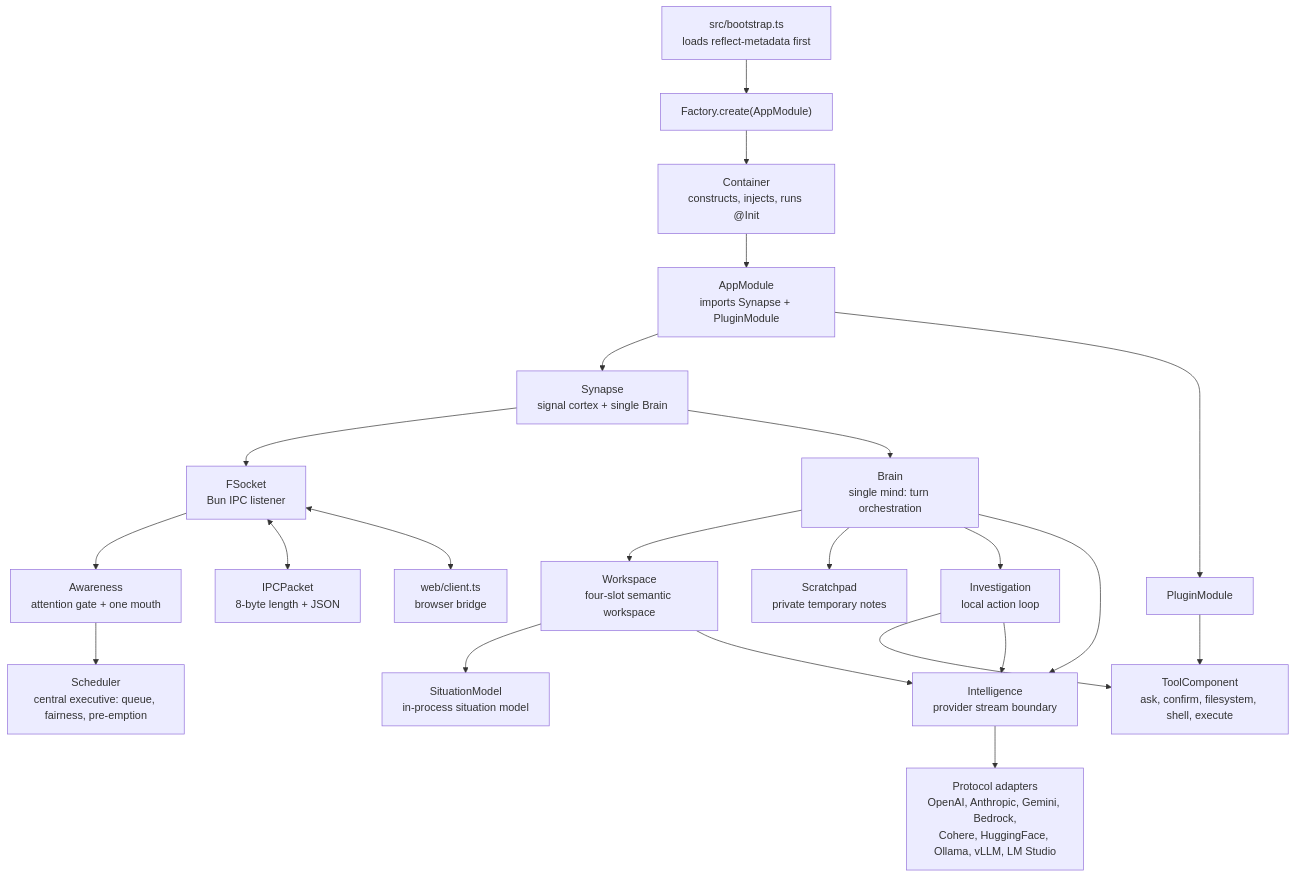
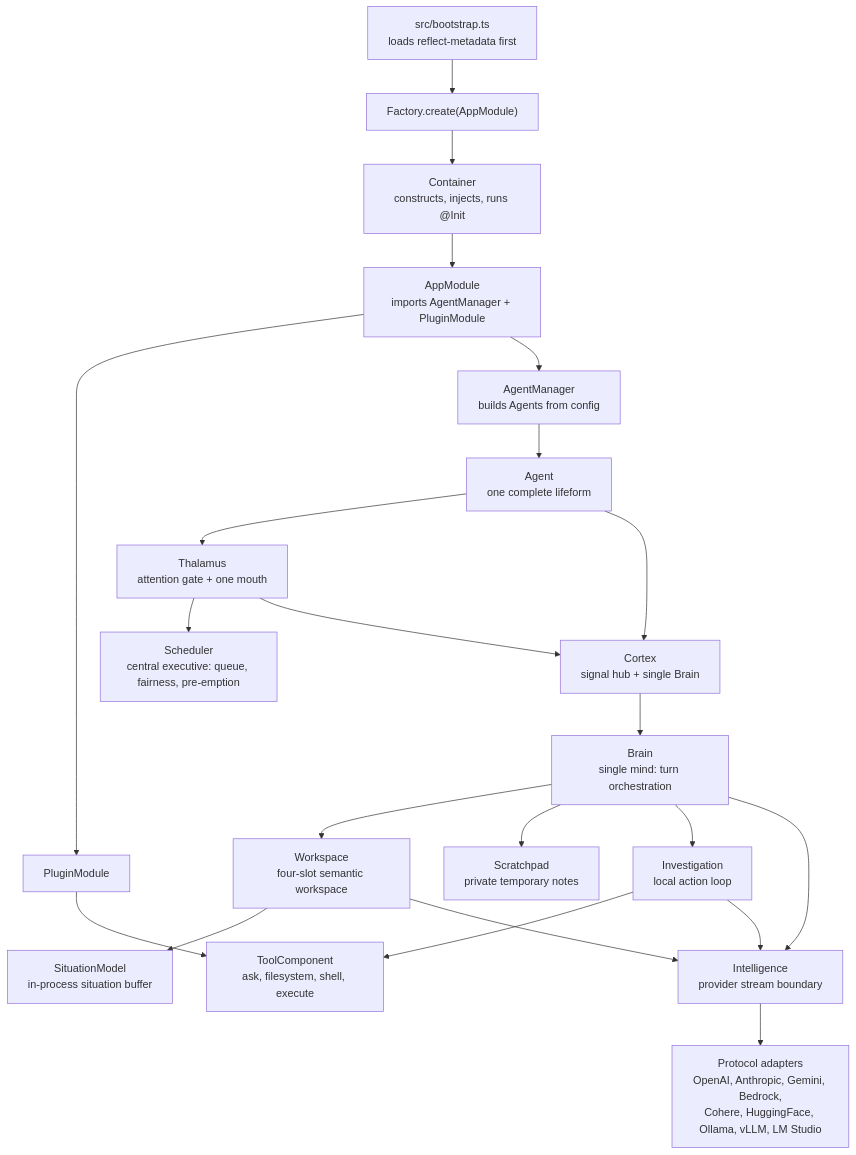
The second of 4 diagrams in README.md (flyflor/flyflor), drawn with Mermaid before and after one commit. The commit also changed other lines of this file and 65 other files, not shown here.

````diff
--- a/README.md
+++ b/README.md
@@ -28,27 +46,26 @@
 ```mermaid
 flowchart TB
     Bootstrap["src/bootstrap.ts<br/>loads reflect-metadata first"] --> Factory["Factory.create(AppModule)"]
     Factory --> Container["Container<br/>constructs, injects, runs @Init"]
-    Container --> AppModule["AppModule<br/>imports Synapse + PluginModule"]
+    Container --> AppModule["AppModule<br/>imports AgentManager + PluginModule"]
+    AppModule --> PluginModule["PluginModule"]
+    PluginModule --> Tools["ToolComponent<br/>ask, filesystem, shell, execute"]
 
-    AppModule --> Synapse["Synapse<br/>signal cortex + single Brain"]
-    AppModule --> PluginModule["PluginModule"]
-    PluginModule --> Tools["ToolComponent<br/>ask, confirm, filesystem, shell, execute"]
+    AppModule --> Manager["AgentManager<br/>builds Agents from config"]
+    Manager --> Agent["Agent<br/>one complete lifeform"]
 
-    Synapse --> Socket["FSocket<br/>Bun IPC listener"]
-    Socket --> Awareness["Awareness<br/>attention gate + one mouth"]
-    Awareness --> Scheduler["Scheduler<br/>central executive: queue, fairness, pre-emption"]
-    Socket <--> Packet["IPCPacket<br/>8-byte length + JSON"]
-    Socket <--> Client["web/client.ts<br/>browser bridge"]
-
-    Synapse --> Brain["Brain<br/>single mind: turn orchestration"]
+    Agent --> Thalamus["Thalamus<br/>attention gate + one mouth"]
+    Thalamus --> Scheduler["Scheduler<br/>central executive: queue, fairness, pre-emption"]
+    Agent --> Cortex["Cortex<br/>signal hub + single Brain"]
+    Thalamus --> Cortex
+    Cortex --> Brain["Brain<br/>single mind: turn orchestration"]
     Brain --> Workspace["Workspace<br/>four-slot semantic workspace"]
-    Workspace --> SituationModel["SituationModel<br/>in-process situation model"]
+    Workspace --> SituationModel["SituationModel<br/>in-process situation buffer"]
     Brain --> Scratchpad["Scratchpad<br/>private temporary notes"]
     Brain --> Investigation["Investigation<br/>local action loop"]
     Brain --> Intelligence["Intelligence<br/>provider stream boundary"]
     Workspace --> Intelligence
     Investigation --> Tools
     Investigation --> Intelligence
     Intelligence --> Protocols["Protocol adapters<br/>OpenAI, Anthropic, Gemini, Bedrock,<br/>Cohere, HuggingFace, Ollama, vLLM, LM Studio"]
 ```
````
